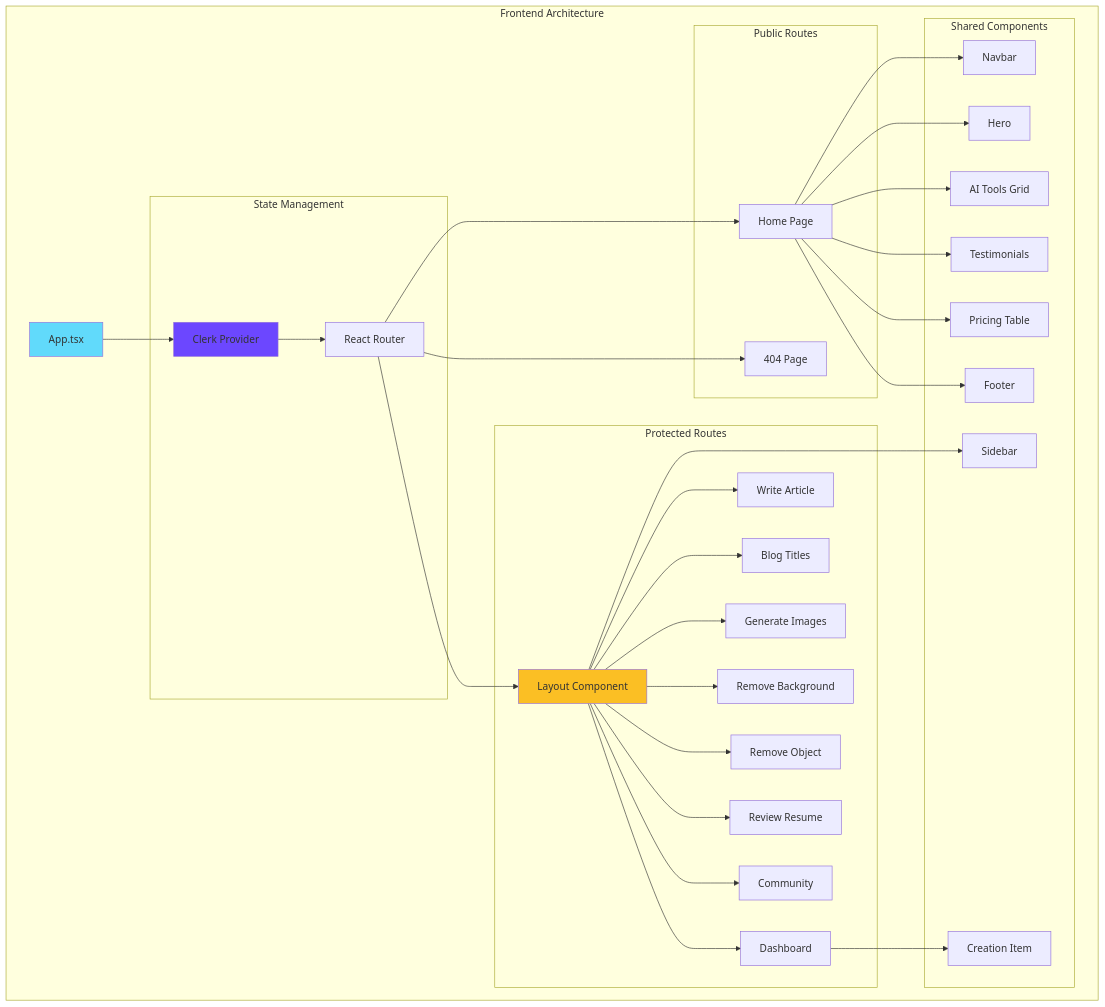
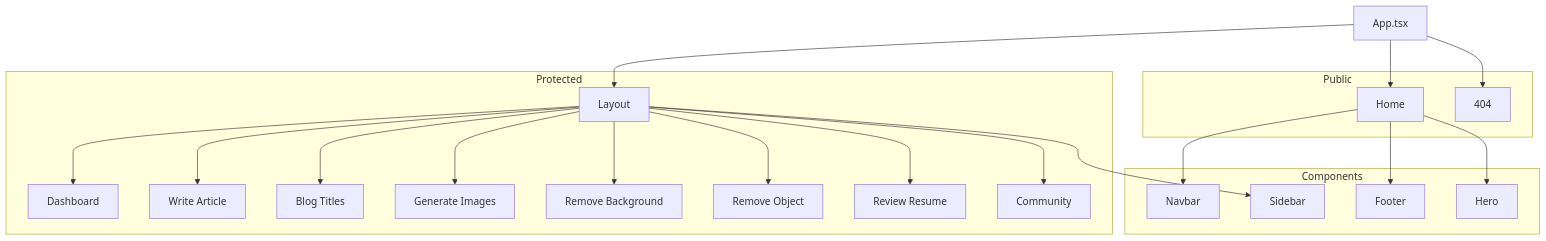
Before and after one commit to VIKRAMANR7/ToolNest-AI: the fourth of 5 diagrams in README.md, drawn with Mermaid. The commit also changed other lines of this file and 22 other files, not shown here.

````diff
--- a/README.md
+++ b/README.md
@@ -203,68 +126,44 @@
 ```mermaid
-graph TB
-    subgraph "Frontend Architecture"
-        App[App.tsx]
+flowchart TB
+    App[App.tsx]
 
-        subgraph "Public Routes"
-            Home[Home Page]
-            NotFound[404 Page]
-        end
-
-        subgraph "Protected Routes"
-            Layout[Layout Component]
-            Dashboard[Dashboard]
-            WriteArticle[Write Article]
-            BlogTitles[Blog Titles]
-            GenerateImages[Generate Images]
-            RemoveBackground[Remove Background]
-            RemoveObject[Remove Object]
-            ReviewResume[Review Resume]
-            Community[Community]
-        end
-
-        subgraph "Shared Components"
-            Navbar[Navbar]
-            Sidebar[Sidebar]
-            Footer[Footer]
-            Hero[Hero]
-            AiTools[AI Tools Grid]
-            Testimonial[Testimonials]
-            Plan[Pricing Table]
-            CreationItem[Creation Item]
-        end
-
-        subgraph "State Management"
-            ClerkProvider[Clerk Provider]
-            Router[React Router]
-        end
+    subgraph Public
+        Home[Home]
+        NotFound[404]
     end
 
-    App --> ClerkProvider
-    ClerkProvider --> Router
-    Router --> Home
-    Router --> NotFound
-    Router --> Layout
+    subgraph Protected
+        Layout[Layout]
+        Dashboard[Dashboard]
+        WriteArticle[Write Article]
+        BlogTitles[Blog Titles]
+        GenerateImages[Generate Images]
+        RemoveBackground[Remove Background]
+        RemoveObject[Remove Object]
+        ReviewResume[Review Resume]
+        Community[Community]
+    end
 
-    Home --> Navbar
-    Home --> Hero
-    Home --> AiTools
-    Home --> Testimonial
-    Home --> Plan
-    Home --> Footer
+    subgraph Components
+        Navbar[Navbar]
+        Sidebar[Sidebar]
+        Footer[Footer]
+        Hero[Hero]
+    end
 
-    Layout --> Sidebar
+    App --> Home
+    App --> NotFound
+    App --> Layout
     Layout --> Dashboard
     Layout --> WriteArticle
     Layout --> BlogTitles
     Layout --> GenerateImages
     Layout --> RemoveBackground
     Layout --> RemoveObject
     Layout --> ReviewResume
     Layout --> Community
-
-    Dashboard --> CreationItem
-
-    style App fill:#61dafb
-    style ClerkProvider fill:#6c47ff
-    style Layout fill:#fbbf24
+    Home --> Navbar
+    Home --> Hero
+    Home --> Footer
+    Layout --> Sidebar
 ```
````
